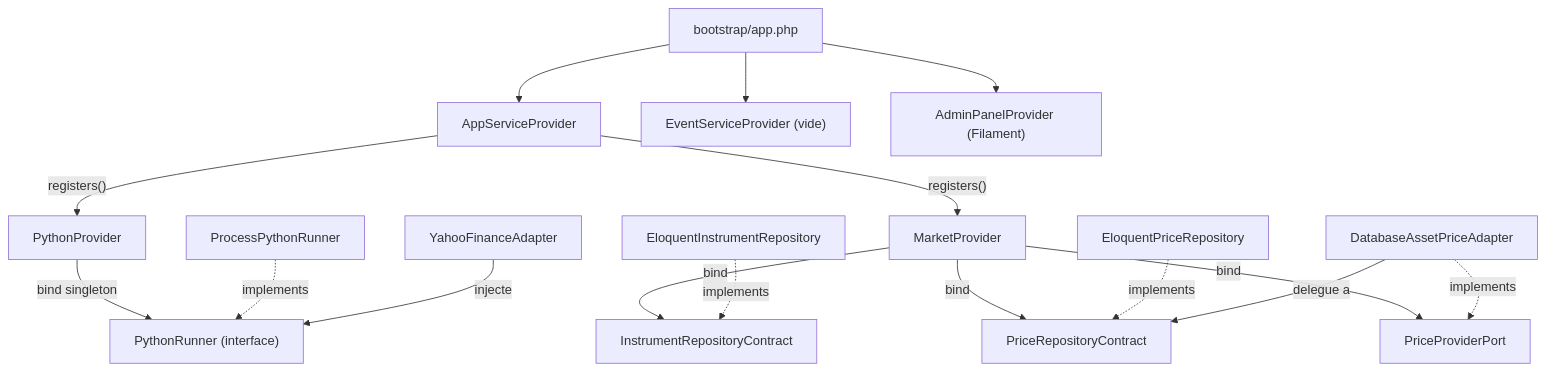
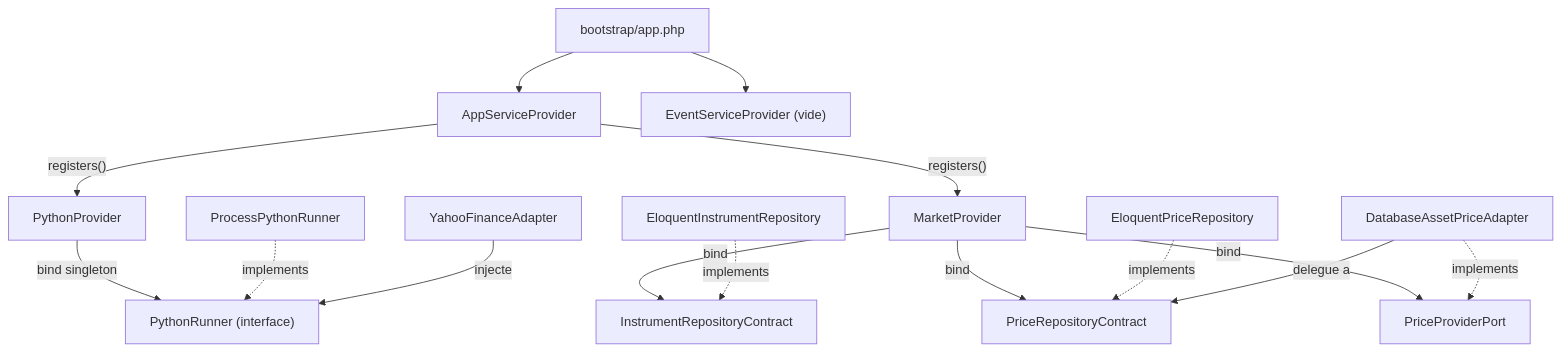
The first of 2 diagrams in docs/architecture.md (yanntyb/portefeuille), drawn with Mermaid before and after one commit. The commit also changed other lines of this file and 3 other files, not shown here.

````diff
--- a/docs/architecture.md
+++ b/docs/architecture.md
@@ -121,23 +121,22 @@
 ```mermaid
 flowchart TD
     Bootstrap["bootstrap/app.php"] --> AppSP["AppServiceProvider"]
     Bootstrap --> EventSP["EventServiceProvider (vide)"]
-    Bootstrap --> AdminSP["AdminPanelProvider (Filament)"]
 
     AppSP -->|"registers()"| PythonSP["PythonProvider"]
     AppSP -->|"registers()"| MarketSP["MarketProvider"]
 
     PythonSP -->|bind singleton| PythonRunner["PythonRunner (interface)"]
     ProcessPR["ProcessPythonRunner"] -.implements.-> PythonRunner
 
     MarketSP -->|bind| InstrRepo["InstrumentRepositoryContract"]
     MarketSP -->|bind| PriceRepo["PriceRepositoryContract"]
     MarketSP -->|bind| PricePort["PriceProviderPort"]
 
     EloquentIR["EloquentInstrumentRepository"] -.implements.-> InstrRepo
     EloquentPR["EloquentPriceRepository"] -.implements.-> PriceRepo
     DbAdapter["DatabaseAssetPriceAdapter"] -.implements.-> PricePort
     DbAdapter -->|delegue a| PriceRepo
 
     YahooAdapter["YahooFinanceAdapter"] -->|injecte| PythonRunner
 ```
````
